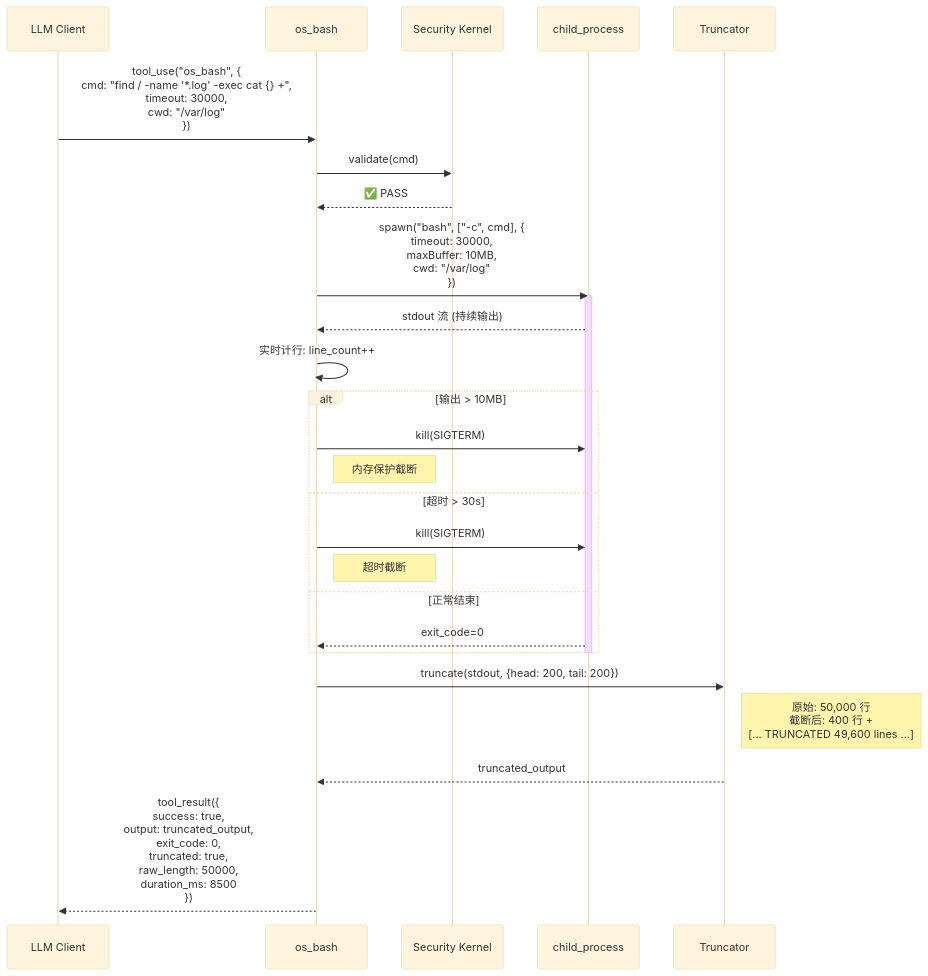
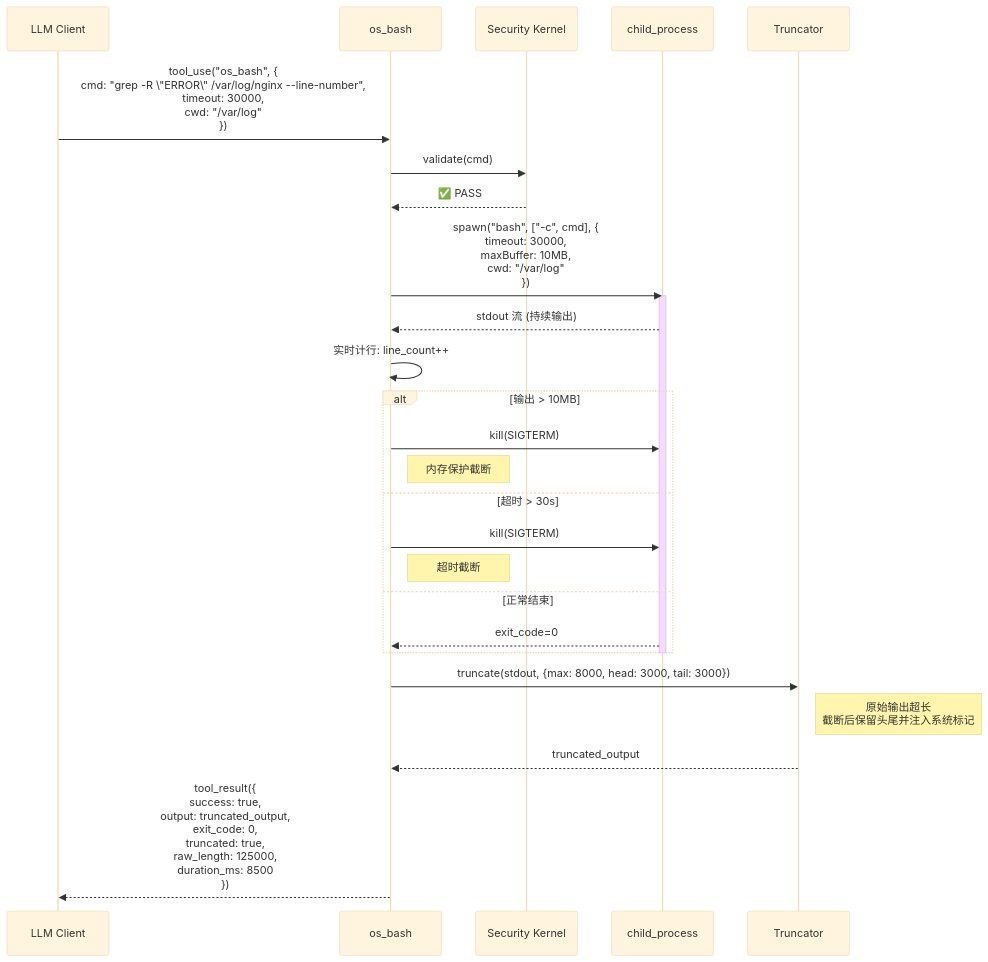
The fourth of 17 diagrams in doc/12-limbs-layer-modules.md (Yidhar/Embla_System), drawn with Mermaid (base theme) before and after one commit. The commit also changed other lines of this file and 16 other files, not shown here.

First line of the commit message:
feat: Refactor architecture documentation for Brainstem, Brain, and Limbs layers

````diff
--- a/doc/12-limbs-layer-modules.md
+++ b/doc/12-limbs-layer-modules.md
@@ -190,38 +230,38 @@
 ```mermaid
 sequenceDiagram
     participant LLM as LLM Client
     participant BASH as os_bash
     participant SEC as Security Kernel
     participant PROC as child_process
     participant TRUNC as Truncator
 
-    LLM->>BASH: tool_use("os_bash", {<br/>  cmd: "find / -name '*.log' -exec cat {} +",<br/>  timeout: 30000,<br/>  cwd: "/var/log"<br/>})
+    LLM->>BASH: tool_use("os_bash", {<br/>  cmd: "grep -R \"ERROR\" /var/log/nginx --line-number",<br/>  timeout: 30000,<br/>  cwd: "/var/log"<br/>})
 
     BASH->>SEC: validate(cmd)
     SEC-->>BASH: ✅ PASS
 
     BASH->>PROC: spawn("bash", ["-c", cmd], {<br/>  timeout: 30000,<br/>  maxBuffer: 10MB,<br/>  cwd: "/var/log"<br/>})
 
     activate PROC
     PROC-->>BASH: stdout 流 (持续输出)
 
     BASH->>BASH: 实时计行: line_count++
 
     alt 输出 > 10MB
         BASH->>PROC: kill(SIGTERM)
         Note right of BASH: 内存保护截断
     else 超时 > 30s
         BASH->>PROC: kill(SIGTERM)
         Note right of BASH: 超时截断
     else 正常结束
         PROC-->>BASH: exit_code=0
     end
     deactivate PROC
 
-    BASH->>TRUNC: truncate(stdout, {head: 200, tail: 200})
-    Note right of TRUNC: 原始: 50,000 行<br/>截断后: 400 行 +<br/>[... TRUNCATED 49,600 lines ...]
+    BASH->>TRUNC: truncate(stdout, {max: 8000, head: 3000, tail: 3000})
+    Note right of TRUNC: 原始输出超长<br/>截断后保留头尾并注入系统标记
 
     TRUNC-->>BASH: truncated_output
 
-    BASH-->>LLM: tool_result({<br/>  success: true,<br/>  output: truncated_output,<br/>  exit_code: 0,<br/>  truncated: true,<br/>  raw_length: 50000,<br/>  duration_ms: 8500<br/>})
+    BASH-->>LLM: tool_result({<br/>  success: true,<br/>  output: truncated_output,<br/>  exit_code: 0,<br/>  truncated: true,<br/>  raw_length: 125000,<br/>  duration_ms: 8500<br/>})
 ```
````
